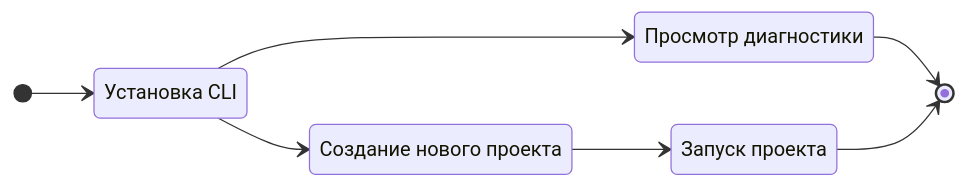
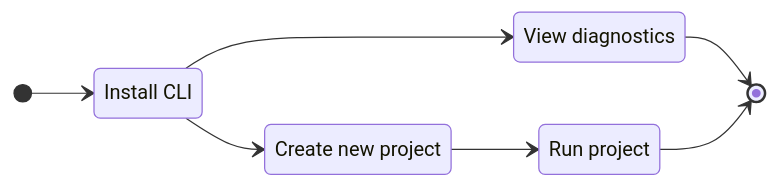
The diagram in docs/ru/getting-started.md (gowebly/docs), drawn with Mermaid before and after one commit. The commit also changed other lines of this file and 39 other files, not shown here.

````diff
--- a/docs/ru/getting-started.md
+++ b/docs/ru/getting-started.md
@@ -18,14 +18,14 @@
 ```mermaid
 stateDiagram-v2
     direction LR
-        Install: Установка CLI
-        Doctor: Просмотр диагностики
-        Create: Создание нового проекта
-        Run: Запуск проекта
+        Install: Install CLI
+        Doctor: View diagnostics
+        Create: Create new project
+        Run: Run project
         [*] --> Install
         Install --> Create
         Install --> Doctor
         Doctor --> [*]
         Create --> Run
         Run --> [*]
 ```
````
